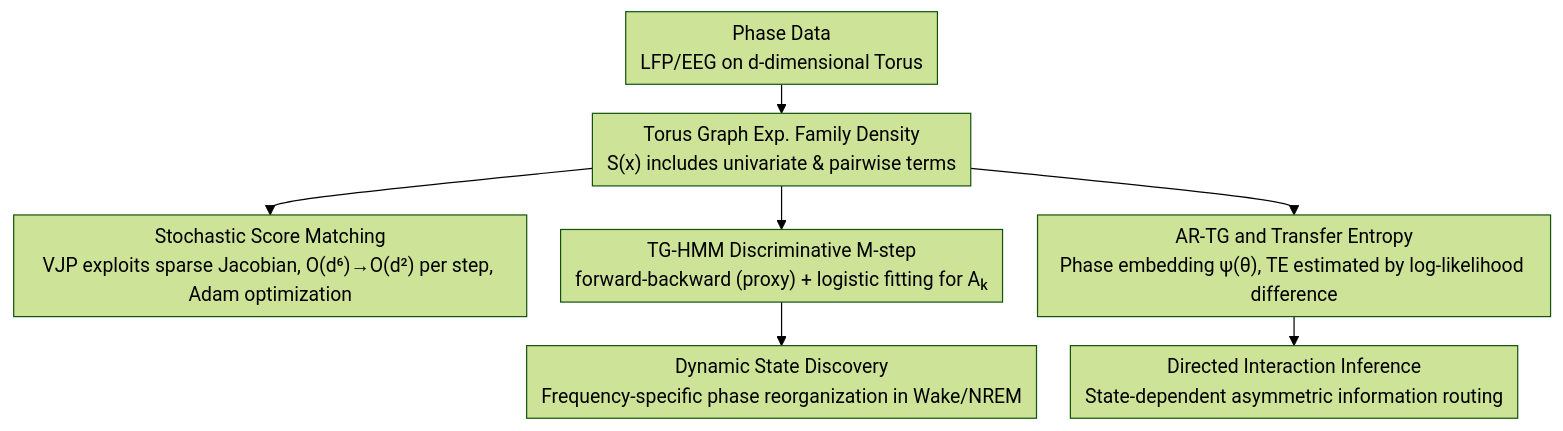
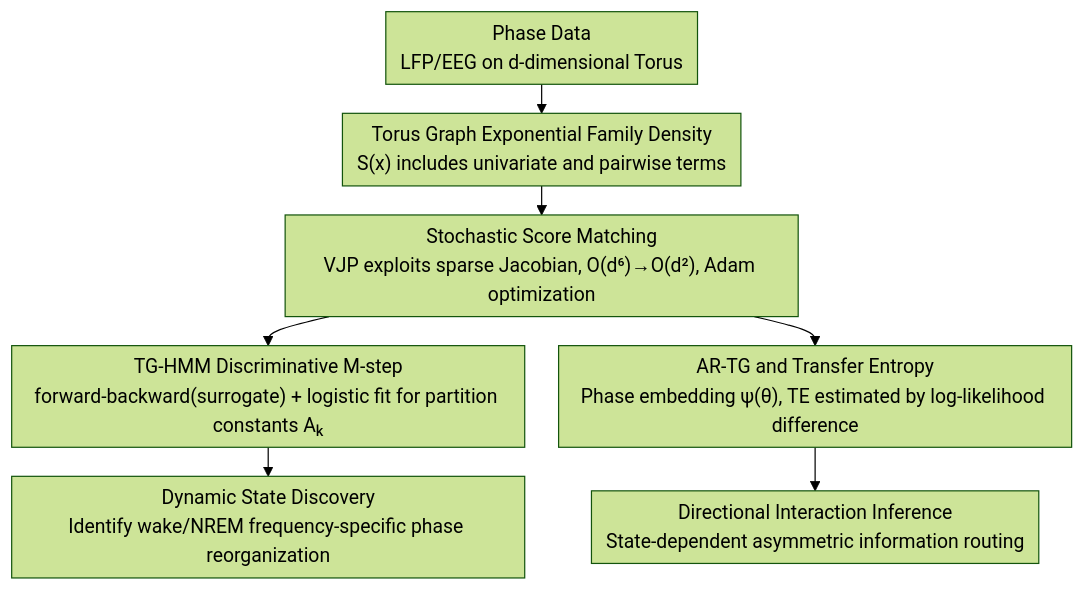
Before and after one commit to zhaoyang97/Paper-Notes-en: the diagram in docs/ICML2026/others/torus_graphs_for_large_scale_neural_phase_analysis.md, drawn with Mermaid (forest theme). The commit also changed other lines of this file and 5084 other files, not shown here.

````diff
--- a/docs/ICML2026/others/torus_graphs_for_large_scale_neural_phase_analysis.md
+++ b/docs/ICML2026/others/torus_graphs_for_large_scale_neural_phase_analysis.md
@@ -49,10 +49,10 @@
 ```mermaid
 %%{init: {'flowchart': {'rankSpacing': 24, 'nodeSpacing': 28, 'padding': 6, 'wrappingWidth': 400}}}%%
 flowchart TD
-    A["Phase Data<br/>LFP/EEG on d-dimensional Torus"] --> B["Torus Graph Exp. Family Density<br/>S(x) includes univariate & pairwise terms"]
-    B --> C["Stochastic Score Matching<br/>VJP exploits sparse Jacobian, O(d⁶)→O(d²) per step, Adam optimization"]
-    B --> D["TG-HMM Discriminative M-step<br/>forward-backward (proxy) + logistic fitting for Aₖ"]
-    B --> E["AR-TG and Transfer Entropy<br/>Phase embedding ψ(θ), TE estimated by log-likelihood difference"]
-    D --> F["Dynamic State Discovery<br/>Frequency-specific phase reorganization in Wake/NREM"]
-    E --> G["Directed Interaction Inference<br/>State-dependent asymmetric information routing"]
+    A["Phase Data<br/>LFP/EEG on d-dimensional Torus"] --> B["Torus Graph Exponential Family Density<br/>S(x) includes univariate and pairwise terms"]
+    B --> C["Stochastic Score Matching<br/>VJP exploits sparse Jacobian, O(d⁶)→O(d²), Adam optimization"]
+    C --> D["TG-HMM Discriminative M-step<br/>forward-backward(surrogate) + logistic fit for partition constants Aₖ"]
+    C --> E["AR-TG and Transfer Entropy<br/>Phase embedding ψ(θ), TE estimated by log-likelihood difference"]
+    D --> F["Dynamic State Discovery<br/>Identify wake/NREM frequency-specific phase reorganization"]
+    E --> G["Directional Interaction Inference<br/>State-dependent asymmetric information routing"]
 ```
````
